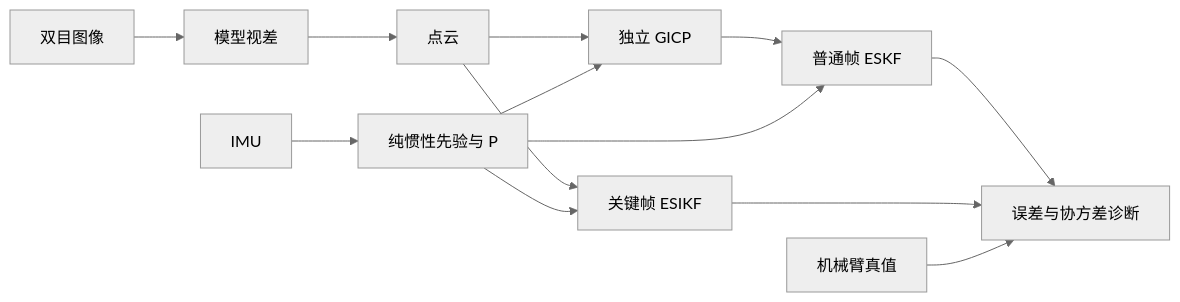
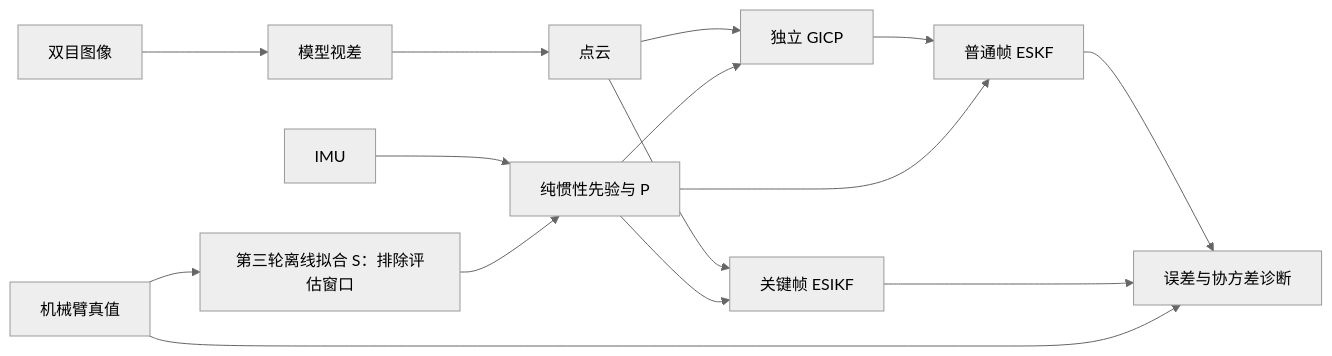
The diagram in experiments/publication/README.md (SaxonShang/kalman-fusion-lab), drawn with Mermaid (neutral theme) before and after one commit. The commit also changed other lines of this file and 144 other files, not shown here.

````diff
--- a/experiments/publication/README.md
+++ b/experiments/publication/README.md
@@ -16,15 +16,17 @@
 ```mermaid
 flowchart LR
   Stereo[双目图像] --> Disp[模型视差]
   Disp --> Cloud[点云]
   IMU[IMU] --> Prior[纯惯性先验与 P]
   Cloud --> GICP[独立 GICP]
   Prior --> GICP
   GICP --> ESKF[普通帧 ESKF]
   Prior --> ESKF
   Cloud --> ESIKF[关键帧 ESIKF]
   Prior --> ESIKF
   ESKF --> Report[误差与协方差诊断]
   ESIKF --> Report
   GT[机械臂真值] --> Report
+  GT --> Cal[第三轮离线拟合 S：排除评估窗口]
+  Cal --> Prior
 ```
````
